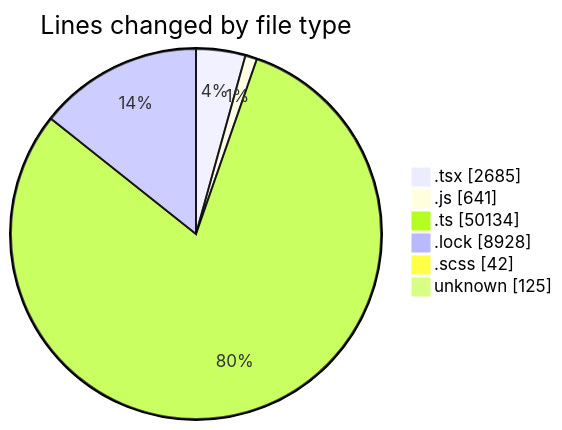
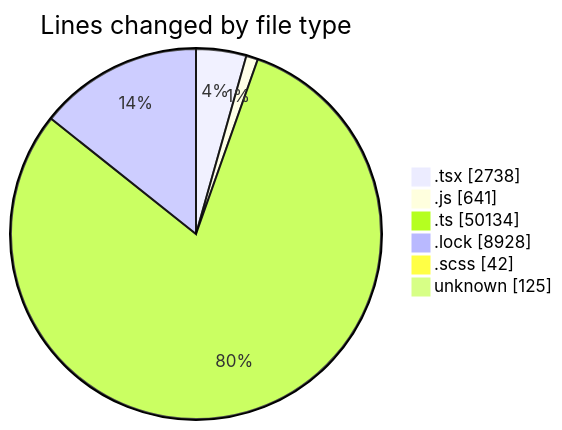
The first of 2 diagrams in 2026-09-16/cda/README.md (momahboobian/code-tracking), drawn with Mermaid before and after one commit. The commit also changed other lines of this file and 1 other file, not shown here.

````diff
--- a/2026-09-16/cda/README.md
+++ b/2026-09-16/cda/README.md
@@ -61,10 +61,10 @@
 ```mermaid
 pie showData
 title Lines changed by file type
-".tsx" : 2685
+".tsx" : 2738
 ".js" : 641
 ".ts" : 50134
 ".lock" : 8928
 ".scss" : 42
 "unknown" : 125
 ```
````
